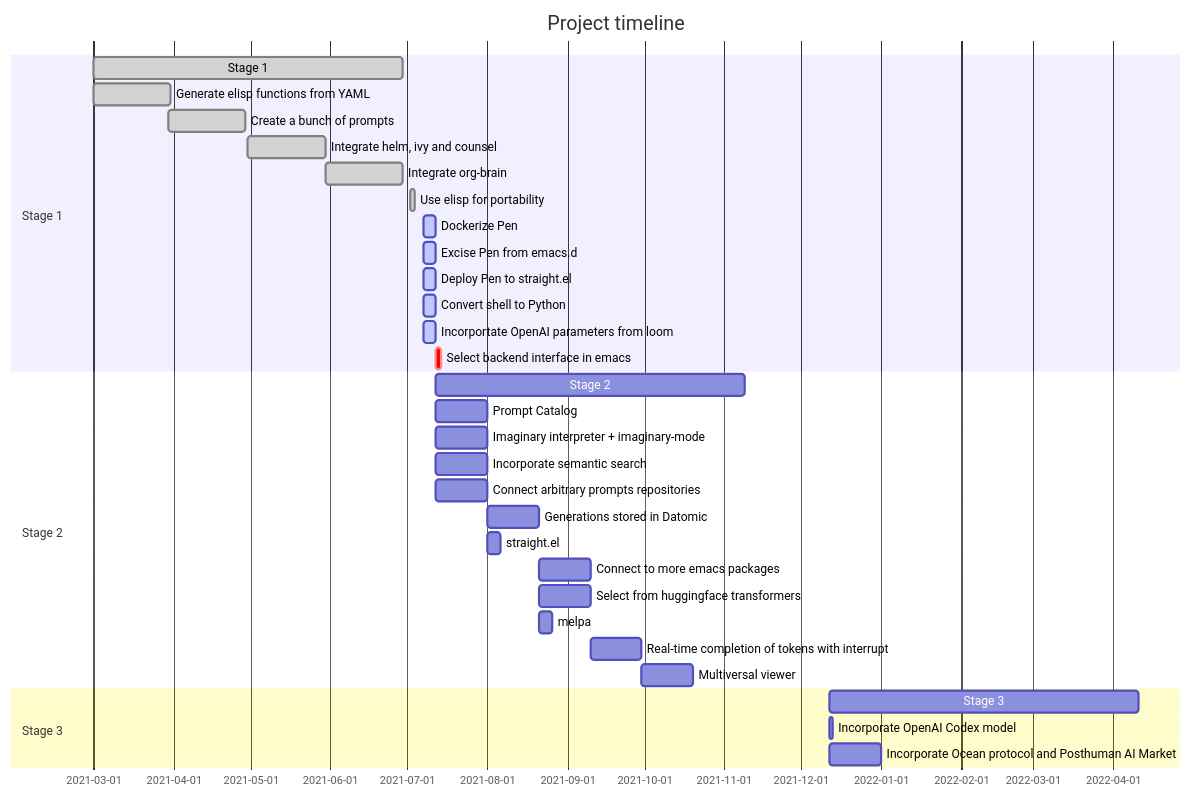
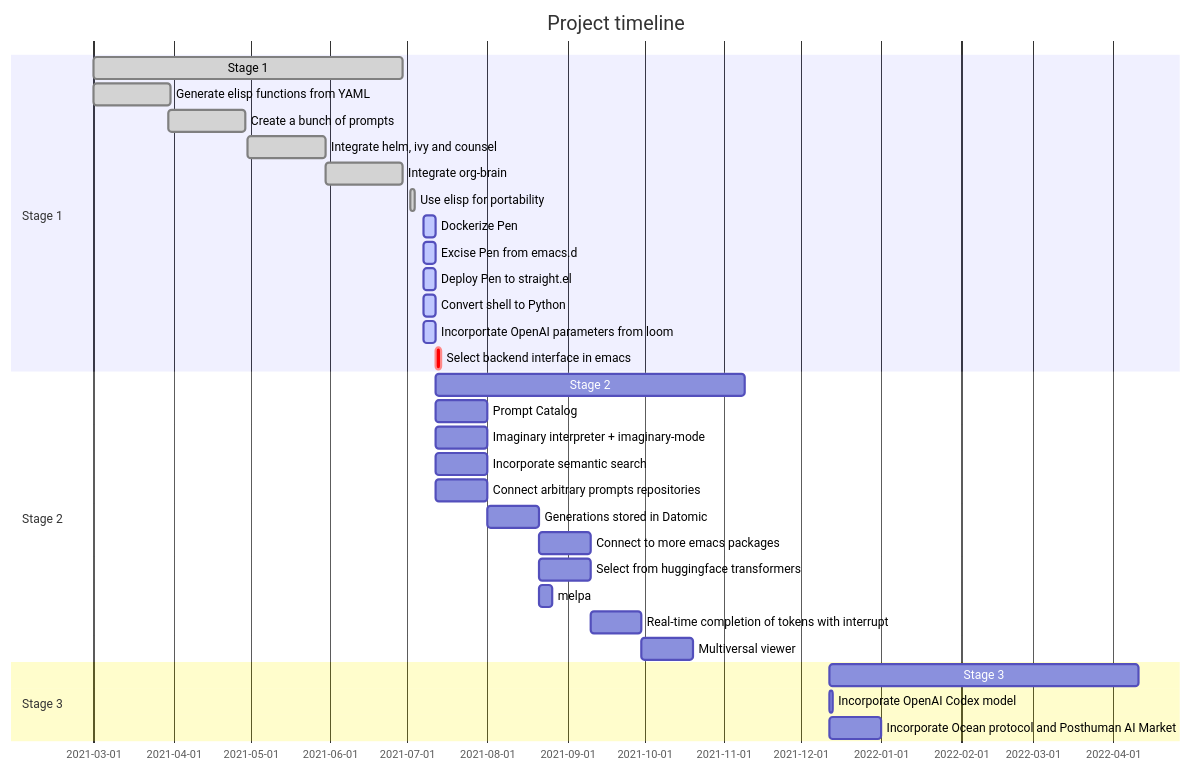
Before and after one commit to semiosis/pen.el: the diagram in docs/README.org, drawn with Mermaid. The commit also changed 1 other file, not shown here.

Commit message:
Wed 07 Jul 2021 20:02:51

```diff
--- a/docs/README.org
+++ b/docs/README.org
@@ -31,35 +31,34 @@
 #+BEGIN_SRC mermaid :results raw :file project-timeline.png
   gantt
           title Project timeline
           dateFormat  YYYY-MM-DD
           section Stage 1
           Stage 1  :done, :s1, 2021-03-01, 120d
           Generate elisp functions from YAML  :done,  :a1, 2021-03-01, 30d
           Create a bunch of prompts  :done,   :a3, 2021-03-30, 30d
           Integrate helm, ivy and counsel  :done,   :a4, 2021-04-30, 30d
           Integrate org-brain  :done,   :a5, 2021-05-30, 30d
           Use elisp for portability :done,  :b2, 2021-07-02, 2d
           Dockerize Pen : active, b3, after b2 , 5d
           Excise Pen from emacs.d: active, b3.1, after b2 , 5d
           Deploy Pen to straight.el: active, b3.2, after b2 , 5d
           Convert shell to Python : active, b4, after b2 , 5d
           Incorportate OpenAI parameters from loom : active, b4, after b2 , 5d
           Select backend interface in emacs :crit, after b3, 2d
           section Stage 2
           Stage 2  :s2, 2021-07-12, 120d
           Prompt Catalog : b6a, 2021-07-12, 20d
           Imaginary interpreter + imaginary-mode : b11, 2021-07-12, 20d
           Incorporate semantic search : b12, 2021-07-12, 20d
           Connect arbitrary prompts repositories : b6, 2021-07-12, 20d
           Generations stored in Datomic : b7, after b6, 20d
-          straight.el : b13, after b6, 5d
           Connect to more emacs packages : b8, after b7 , 20d
           Select from huggingface transformers : b15, after b7 , 20d
           melpa : b14, after b7 , 5d
           Real-time completion of tokens with interrupt : b9, after b8, 20d
           Multiversal viewer : b10, after b9, 20d
           section Stage 3
           Stage 3  :s3, 2021-12-12, 120d
           Incorporate OpenAI Codex model : c1, 2021-12-12, 1d
-          Incorporate Ocean protocol and Posthuman AI Market : c1, 2021-12-12, 20d
+          Incorporate Ocean protocol and Posthuman AI Market : c2, 2021-12-12, 20d
 #+END_SRC
```
